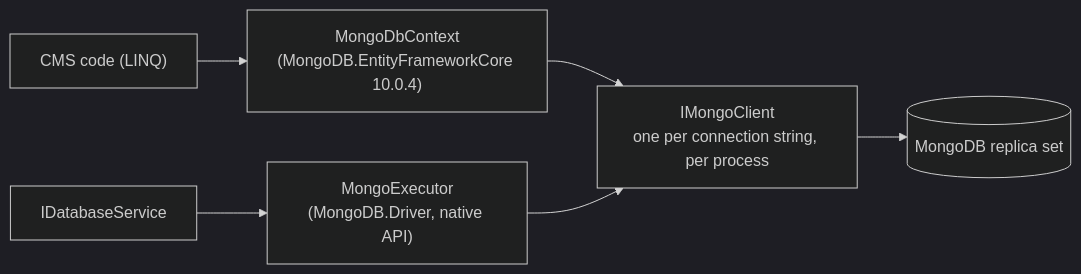
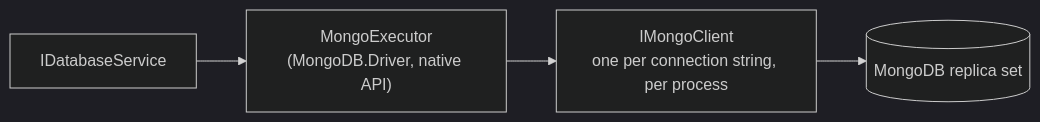
One commit to Albadit/DotNetForge changed the diagram in .docs/database/mongodb.md. Above: the diagram before and after it, drawn with Mermaid (dark theme). The commit also changed other lines of this file and 303 other files, not shown here.

````diff
--- a/.docs/database/mongodb.md
+++ b/.docs/database/mongodb.md
@@ -25,8 +25,6 @@
 ```mermaid
 flowchart LR
-    CMS["CMS code (LINQ)"] --> Ctx["MongoDbContext<br/>(MongoDB.EntityFrameworkCore 10.0.4)"]
     Svc["IDatabaseService"] --> Exec["MongoExecutor<br/>(MongoDB.Driver, native API)"]
-    Ctx --> Client["IMongoClient<br/>one per connection string, per process"]
-    Exec --> Client
+    Exec --> Client["IMongoClient<br/>one per connection string, per process"]
     Client --> Db[("MongoDB replica set")]
 ```
````
